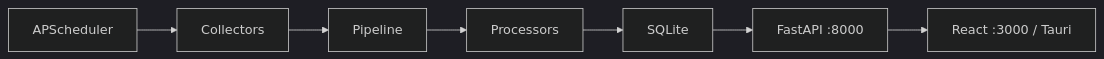
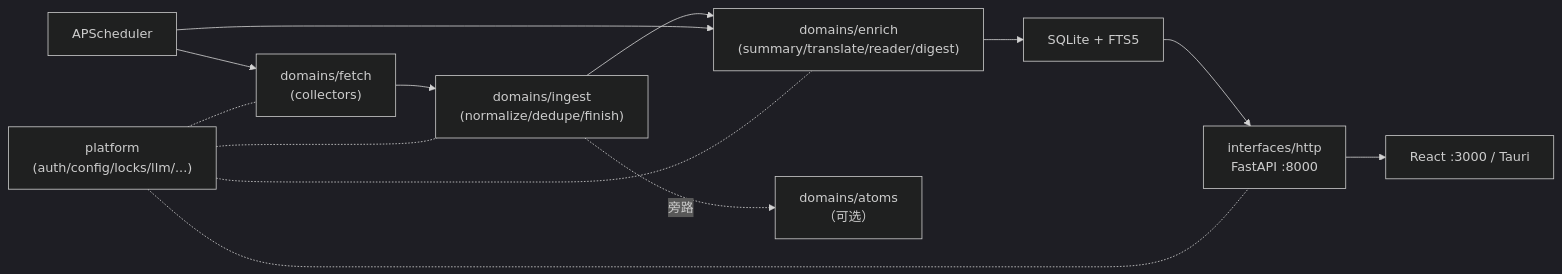
Before and after one commit to wangbubu2023/personal-info-monitor: the diagram in README.md, drawn with Mermaid (dark theme). The commit also changed other lines of this file and 20 other files, not shown here.

````diff
--- a/README.md
+++ b/README.md
@@ -21,9 +21,15 @@
 ```mermaid
 flowchart LR
-    A["Collectors"] --> B["Pipeline"]
-    B --> C["Processors"]
-    C --> D["SQLite"]
-    D --> E["FastAPI :8000"]
+    A["domains/fetch<br/>(collectors)"] --> B["domains/ingest<br/>(normalize/dedupe/finish)"]
+    B --> C["domains/enrich<br/>(summary/translate/reader/digest)"]
+    B -. 旁路 .-> J["domains/atoms<br/>（可选）"]
+    C --> D["SQLite + FTS5"]
+    D --> E["interfaces/http<br/>FastAPI :8000"]
     E --> F["React :3000 / Tauri"]
     G["APScheduler"] --> A
+    G --> C
+    H["platform<br/>(auth/config/locks/llm/...)"] -.- A
+    H -.- B
+    H -.- C
+    H -.- E
 ```
````
